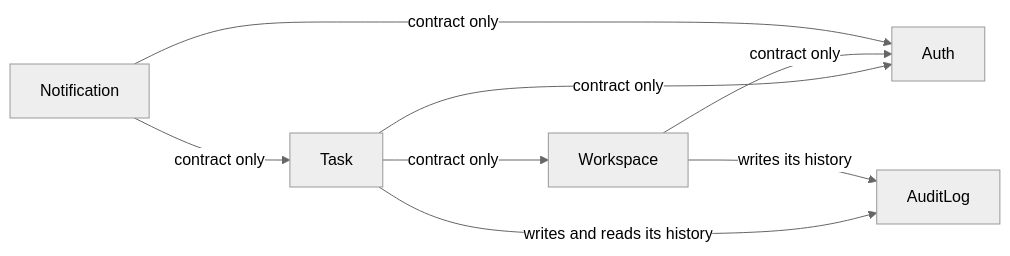
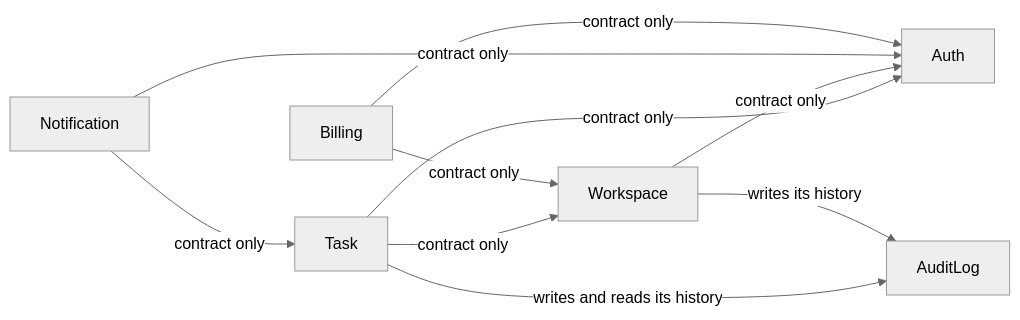
One commit to NikitaSomik/symfony-todo-app changed the first of 2 diagrams in README.md. Above: the diagram before and after it, drawn with Mermaid (neutral theme). The commit also changed other lines of this file and 51 other files, not shown here.

````diff
--- a/README.md
+++ b/README.md
@@ -80,10 +86,12 @@
 ```mermaid
 flowchart LR
     Task -->|contract only| Auth
     Task -->|contract only| Workspace
     Task -->|writes and reads its history| AuditLog
     Workspace -->|contract only| Auth
     Workspace -->|writes its history| AuditLog
     Notification -->|contract only| Task
     Notification -->|contract only| Auth
+    Billing -->|contract only| Workspace
+    Billing -->|contract only| Auth
 ```
````
